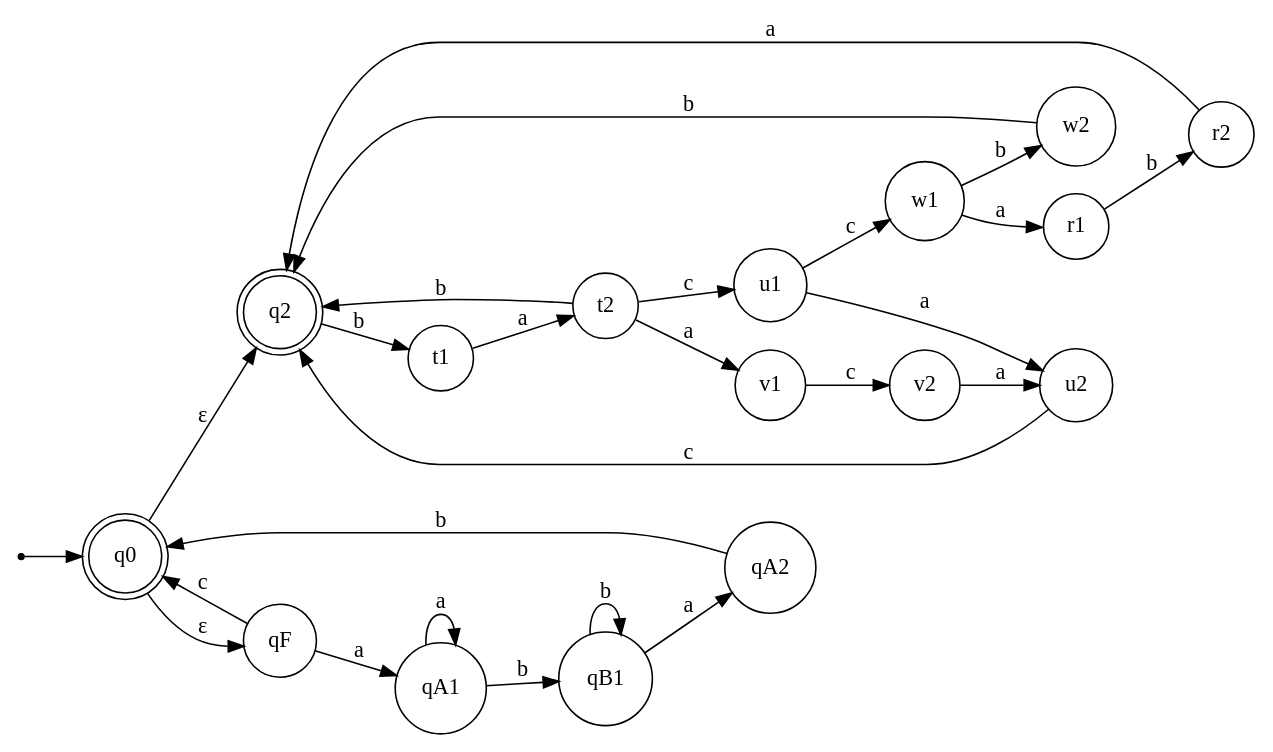
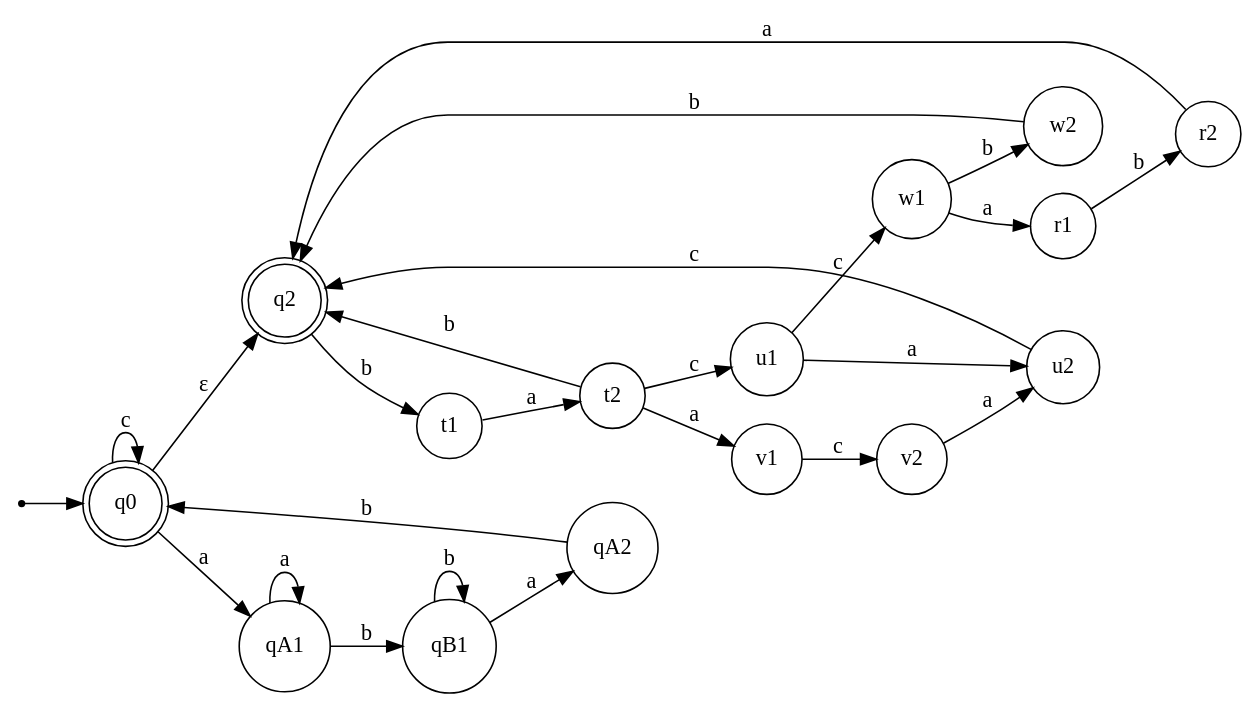
Before and after one commit to grilzzz/tfl: the diagram in lab2/nka.dot, drawn with Graphviz. The commit also changed 2 other files, not shown here.

```diff
--- a/lab2/nka.dot
+++ b/lab2/nka.dot
@@ -1,59 +1,44 @@
 digraph NFA {
   rankdir=LR;
   node [shape=circle];
 
-  // стартовая "точка"
   start [shape=point, label=""];
-  q0 [shape=doublecircle, label="q0"]; // старт и приём
-  q2 [shape=doublecircle, label="q2"]; // хаб 2-й звезды, тоже приём
+  q0 [shape=doublecircle, label="q0"]; 
+  q2 [shape=doublecircle, label="q2"]; 
 
-  // прочие узлы
-  qF; qA1; qB1; qA2;
+  qA1; qB1; qA2;
   t1; t2; u1; u2; w1; w2; r1; r2; v1; v2;
 
-  // стартовые eps
   start -> q0;
-  q0 -> qF [label="ε"]; // вход в L1
-  q0 -> q2 [label="ε"]; // вход в L2
+  q0 -> q2 [label="ε"];
 
-  // ---------- L1 = (X | c)* ----------
-  // ветка "один c"
-  qF -> q0 [label="c"];
+  q0 -> q0 [label="c"];
 
-  // X = a a* b b* a b
-  qF  -> qA1 [label="a"];
+  q0  -> qA1 [label="a"];
   qA1 -> qA1 [label="a"];
   qA1 -> qB1 [label="b"];
   qB1 -> qB1 [label="b"];
   qB1 -> qA2 [label="a"];
   qA2 -> q0  [label="b"];
 
-  // ---------- L2 = {bab, bacac, baacac, baccbb, baccaba}* ----------
-  // общий префикс "ba"
   q2 -> t1 [label="b"];
   t1 -> t2 [label="a"];
 
-  // bab
   t2 -> q2 [label="b"];
 
-  // bacac
   t2 -> u1 [label="c"];
   u1 -> u2 [label="a"];
   u2 -> q2 [label="c"];
 
-  // baacac
   t2 -> v1 [label="a"];
   v1 -> v2 [label="c"];
   v2 -> u2 [label="a"];
 
-  // baccbb
-  // (ветку "t2 -> u1 [c]" уже задали)
   u1 -> w1 [label="c"];
   w1 -> w2 [label="b"];
   w2 -> q2 [label="b"];
 
-  // baccaba
   w1 -> r1 [label="a"];
   r1 -> r2 [label="b"];
   r2 -> q2 [label="a"];
 }
```
